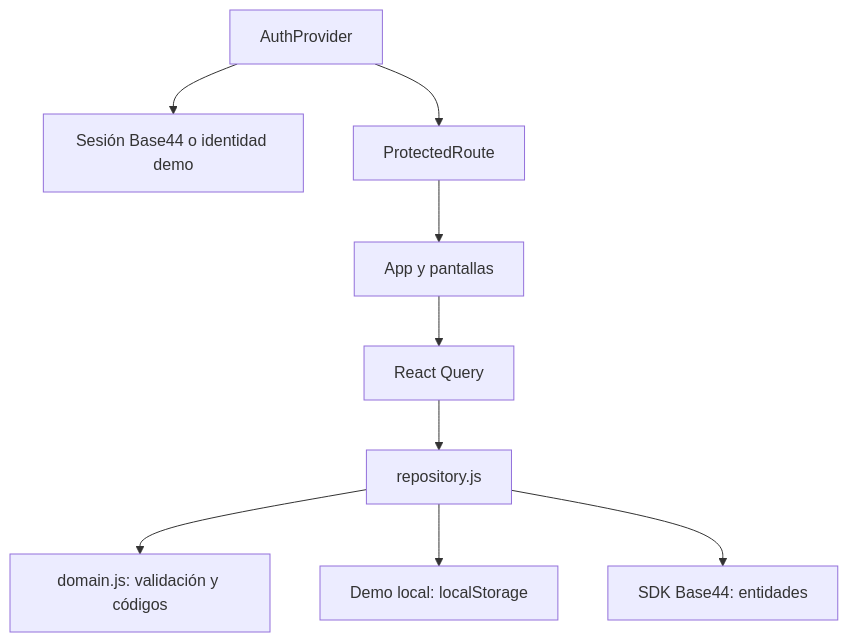
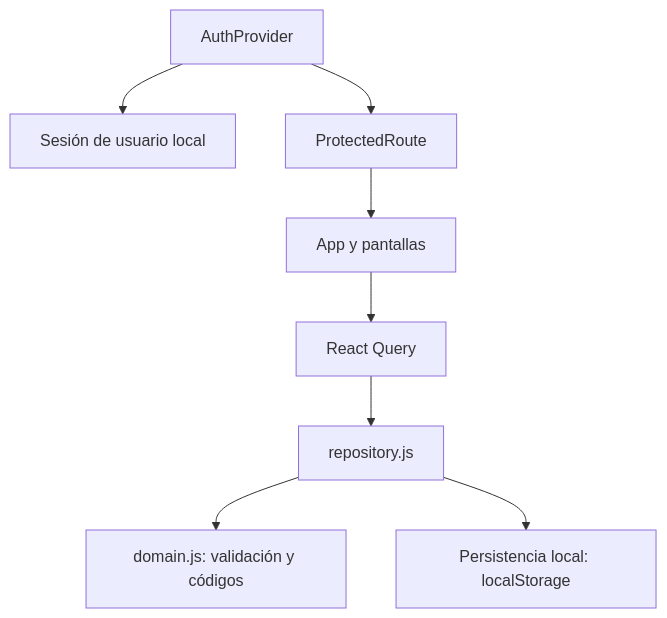
Before and after one commit to LopezJairo/olivicola-lujan-trazabilidad: the diagram in docs/obsidian/06 - Arquitectura y mapa del código.md, drawn with Mermaid. The commit also changed other lines of this file and 21 other files, not shown here.

````diff
--- a/docs/obsidian/06 - Arquitectura y mapa del código.md
+++ b/docs/obsidian/06 - Arquitectura y mapa del código.md
@@ -33,11 +32,10 @@
 ```mermaid
 flowchart TD
     UI[App y pantallas] --> Q[React Query]
     Q --> R[repository.js]
     R --> D[domain.js: validación y códigos]
-    R --> L[Demo local: localStorage]
-    R --> B[SDK Base44: entidades]
-    A[AuthProvider] --> S[Sesión Base44 o identidad demo]
+    R --> L[Persistencia local: localStorage]
+    A[AuthProvider] --> S[Sesión de usuario local]
     A --> P[ProtectedRoute]
     P --> UI
 ```
````
